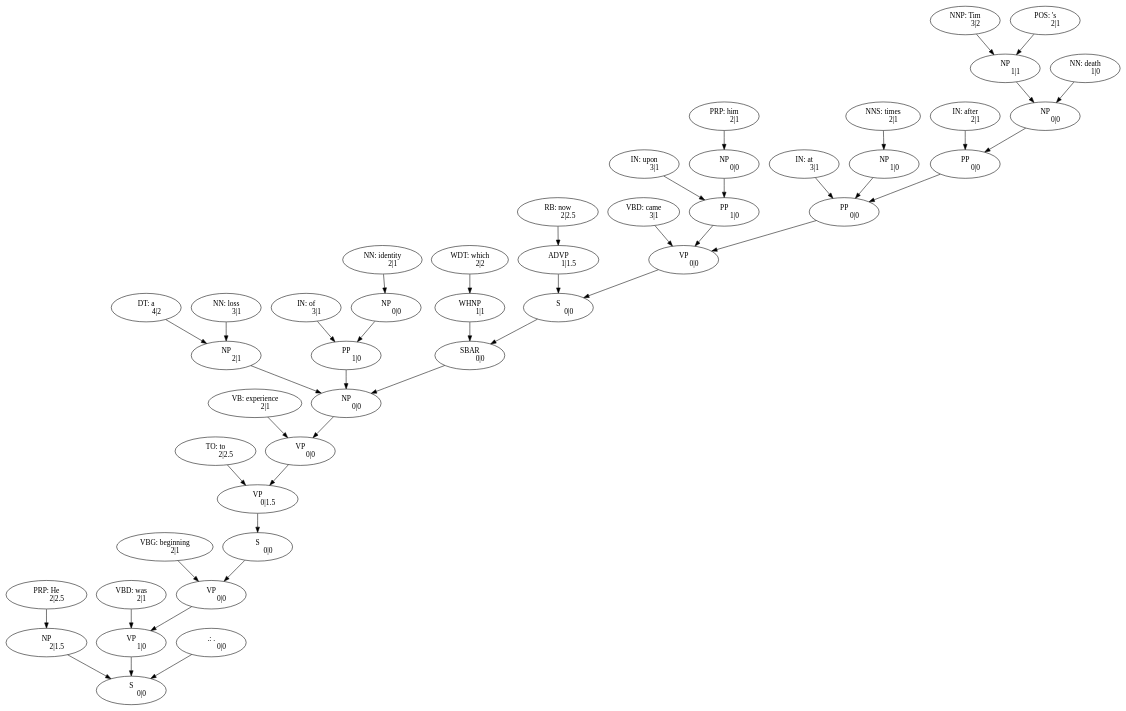
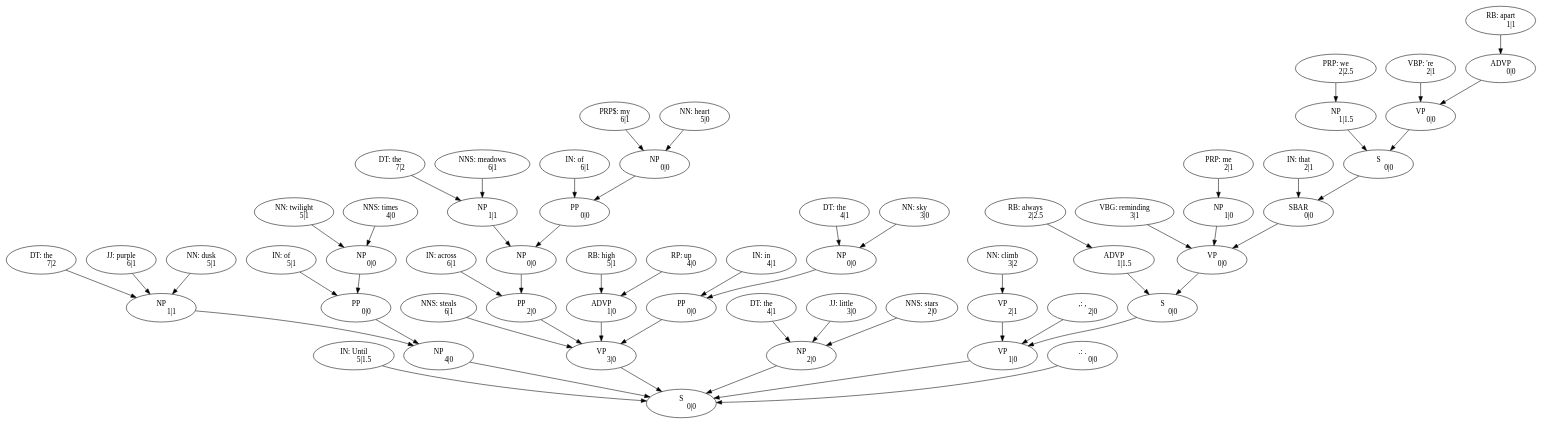
One commit to jacobsolinsky/clas_update changed the diagram in frazier-yngve-plot.gv. Above: the diagram before and after it, drawn with Graphviz. The commit also changed 5 other files, not shown here.

```diff
--- a/frazier-yngve-plot.gv
+++ b/frazier-yngve-plot.gv
@@ -1,133 +1,175 @@
 digraph {
-	52 [label="S
+	132 [label="S
             0|0"]
-	10 [label="NP
-            2|1.5"]
-	10 -> 52
-	9 [label="PRP: He
+	75 [label="IN: Until
+            5|1.5"]
+	75 -> 132
+	85 [label="NP
+            4|0"]
+	85 -> 132
+	79 [label="NP
+            1|1"]
+	79 -> 85
+	76 [label="DT: the
+            7|2"]
+	76 -> 79
+	77 [label="JJ: purple
+            6|1"]
+	77 -> 79
+	78 [label="NN: dusk
+            5|1"]
+	78 -> 79
+	84 [label="PP
+            0|0"]
+	84 -> 85
+	80 [label="IN: of
+            5|1"]
+	80 -> 84
+	83 [label="NP
+            0|0"]
+	83 -> 84
+	81 [label="NN: twilight
+            5|1"]
+	81 -> 83
+	82 [label="NNS: times
+            4|0"]
+	82 -> 83
+	106 [label="VP
+            3|0"]
+	106 -> 132
+	86 [label="NNS: steals
+            6|1"]
+	86 -> 106
+	97 [label="PP
+            2|0"]
+	97 -> 106
+	87 [label="IN: across
+            6|1"]
+	87 -> 97
+	96 [label="NP
+            0|0"]
+	96 -> 97
+	90 [label="NP
+            1|1"]
+	90 -> 96
+	88 [label="DT: the
+            7|2"]
+	88 -> 90
+	89 [label="NNS: meadows
+            6|1"]
+	89 -> 90
+	95 [label="PP
+            0|0"]
+	95 -> 96
+	91 [label="IN: of
+            6|1"]
+	91 -> 95
+	94 [label="NP
+            0|0"]
+	94 -> 95
+	92 [label="PRP$: my
+            6|1"]
+	92 -> 94
+	93 [label="NN: heart
+            5|0"]
+	93 -> 94
+	100 [label="ADVP
+            1|0"]
+	100 -> 106
+	98 [label="RB: high
+            5|1"]
+	98 -> 100
+	99 [label="RP: up
+            4|0"]
+	99 -> 100
+	105 [label="PP
+            0|0"]
+	105 -> 106
+	101 [label="IN: in
+            4|1"]
+	101 -> 105
+	104 [label="NP
+            0|0"]
+	104 -> 105
+	102 [label="DT: the
+            4|1"]
+	102 -> 104
+	103 [label="NN: sky
+            3|0"]
+	103 -> 104
+	110 [label="NP
+            2|0"]
+	110 -> 132
+	107 [label="DT: the
+            4|1"]
+	107 -> 110
+	108 [label="JJ: little
+            3|0"]
+	108 -> 110
+	109 [label="NNS: stars
+            2|0"]
+	109 -> 110
+	130 [label="VP
+            1|0"]
+	130 -> 132
+	112 [label="VP
+            2|1"]
+	112 -> 130
+	111 [label="NN: climb
+            3|2"]
+	111 -> 112
+	113 [label=",: ,
+            2|0"]
+	113 -> 130
+	129 [label="S
+            0|0"]
+	129 -> 130
+	115 [label="ADVP
+            1|1.5"]
+	115 -> 129
+	114 [label="RB: always
             2|2.5"]
-	9 -> 10
-	50 [label="VP
+	114 -> 115
+	128 [label="VP
+            0|0"]
+	128 -> 129
+	116 [label="VBG: reminding
+            3|1"]
+	116 -> 128
+	118 [label="NP
             1|0"]
-	50 -> 52
-	11 [label="VBD: was
+	118 -> 128
+	117 [label="PRP: me
             2|1"]
-	11 -> 50
-	49 [label="VP
+	117 -> 118
+	127 [label="SBAR
             0|0"]
-	49 -> 50
-	12 [label="VBG: beginning
+	127 -> 128
+	119 [label="IN: that
             2|1"]
-	12 -> 49
-	48 [label="S
+	119 -> 127
+	126 [label="S
             0|0"]
-	48 -> 49
-	47 [label="VP
-            0|1.5"]
-	47 -> 48
-	13 [label="TO: to
+	126 -> 127
+	121 [label="NP
+            1|1.5"]
+	121 -> 126
+	120 [label="PRP: we
             2|2.5"]
-	13 -> 47
-	46 [label="VP
+	120 -> 121
+	125 [label="VP
             0|0"]
-	46 -> 47
-	14 [label="VB: experience
+	125 -> 126
+	122 [label="VBP: 're
             2|1"]
-	14 -> 46
-	45 [label="NP
+	122 -> 125
+	124 [label="ADVP
             0|0"]
-	45 -> 46
-	17 [label="NP
-            2|1"]
-	17 -> 45
-	15 [label="DT: a
-            4|2"]
-	15 -> 17
-	16 [label="NN: loss
-            3|1"]
-	16 -> 17
-	21 [label="PP
-            1|0"]
-	21 -> 45
-	18 [label="IN: of
-            3|1"]
-	18 -> 21
-	20 [label="NP
+	124 -> 125
+	123 [label="RB: apart
+            1|1"]
+	123 -> 124
+	131 [label=".: .
             0|0"]
-	20 -> 21
-	19 [label="NN: identity
-            2|1"]
-	19 -> 20
-	44 [label="SBAR
-            0|0"]
-	44 -> 45
-	23 [label="WHNP
-            1|1"]
-	23 -> 44
-	22 [label="WDT: which
-            2|2"]
-	22 -> 23
-	43 [label="S
-            0|0"]
-	43 -> 44
-	25 [label="ADVP
-            1|1.5"]
-	25 -> 43
-	24 [label="RB: now
-            2|2.5"]
-	24 -> 25
-	42 [label="VP
-            0|0"]
-	42 -> 43
-	26 [label="VBD: came
-            3|1"]
-	26 -> 42
-	30 [label="PP
-            1|0"]
-	30 -> 42
-	27 [label="IN: upon
-            3|1"]
-	27 -> 30
-	29 [label="NP
-            0|0"]
-	29 -> 30
-	28 [label="PRP: him
-            2|1"]
-	28 -> 29
-	41 [label="PP
-            0|0"]
-	41 -> 42
-	31 [label="IN: at
-            3|1"]
-	31 -> 41
-	33 [label="NP
-            1|0"]
-	33 -> 41
-	32 [label="NNS: times
-            2|1"]
-	32 -> 33
-	40 [label="PP
-            0|0"]
-	40 -> 41
-	34 [label="IN: after
-            2|1"]
-	34 -> 40
-	39 [label="NP
-            0|0"]
-	39 -> 40
-	37 [label="NP
-            1|1"]
-	37 -> 39
-	35 [label="NNP: Tim
-            3|2"]
-	35 -> 37
-	36 [label="POS: 's
-            2|1"]
-	36 -> 37
-	38 [label="NN: death
-            1|0"]
-	38 -> 39
-	51 [label=".: .
-            0|0"]
-	51 -> 52
+	131 -> 132
 }
```
